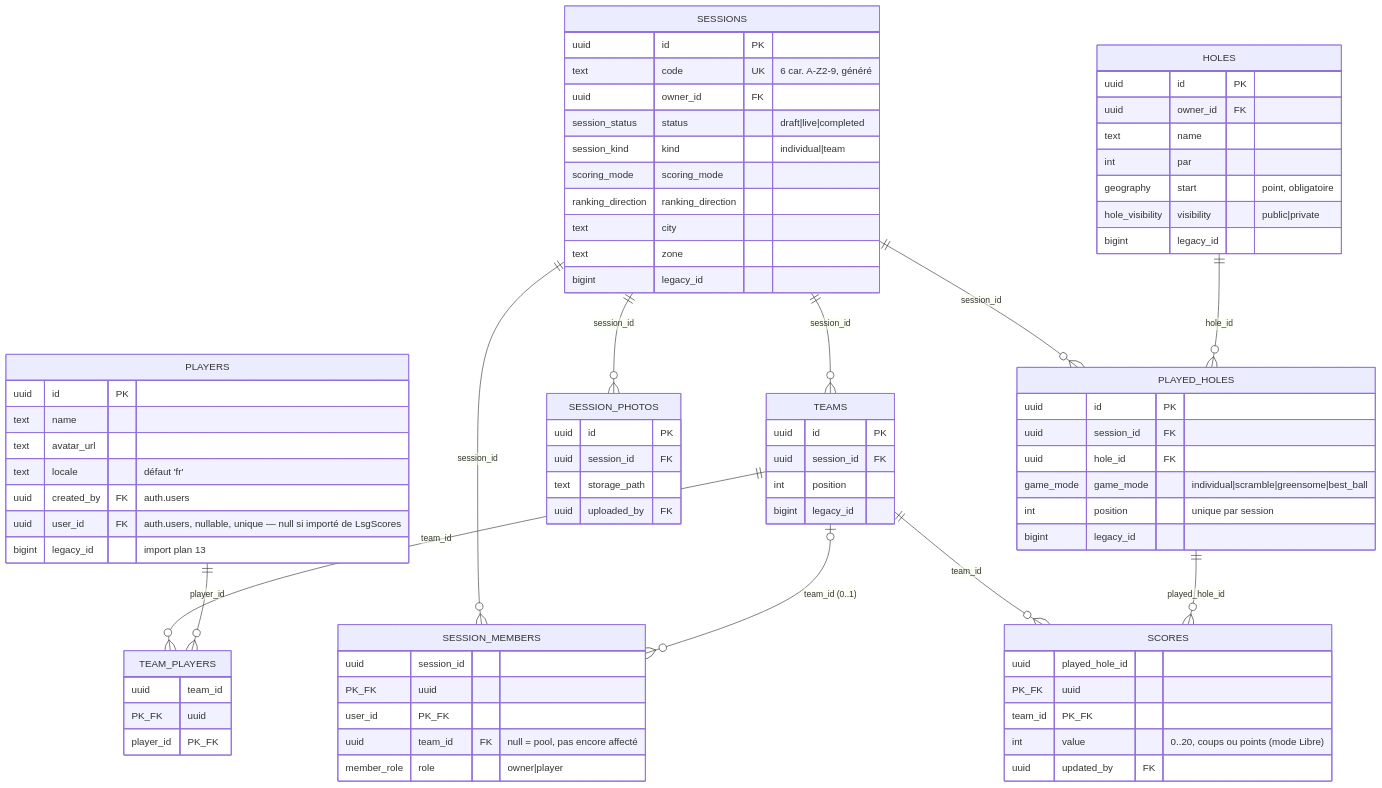
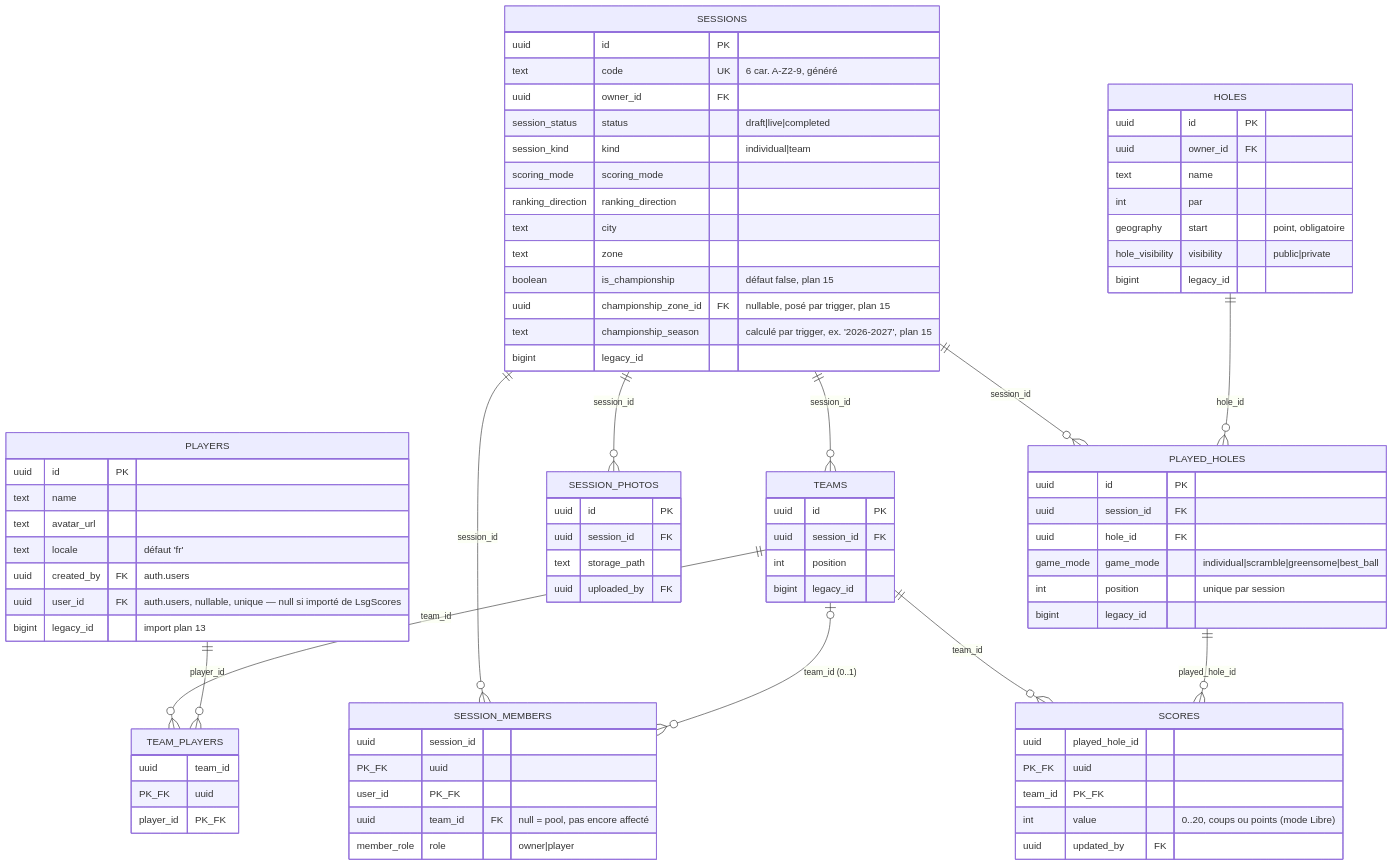
One commit to CenturySpine/nuni changed the diagram in docs/reference/modele_de_donnees.md. Above: the diagram before and after it, drawn with Mermaid. The commit also changed other lines of this file and 34 other files, not shown here.

First line of the commit message:
feat: annual individual championship (plan 15)

```diff
--- a/docs/reference/modele_de_donnees.md
+++ b/docs/reference/modele_de_donnees.md
@@ -62,6 +67,9 @@
     ranking_direction ranking_direction
     text city
     text zone
+    boolean is_championship "défaut false, plan 15"
+    uuid championship_zone_id FK "nullable, posé par trigger, plan 15"
+    text championship_season "calculé par trigger, ex. '2026-2027', plan 15"
     bigint legacy_id
   }
   TEAMS {
```
